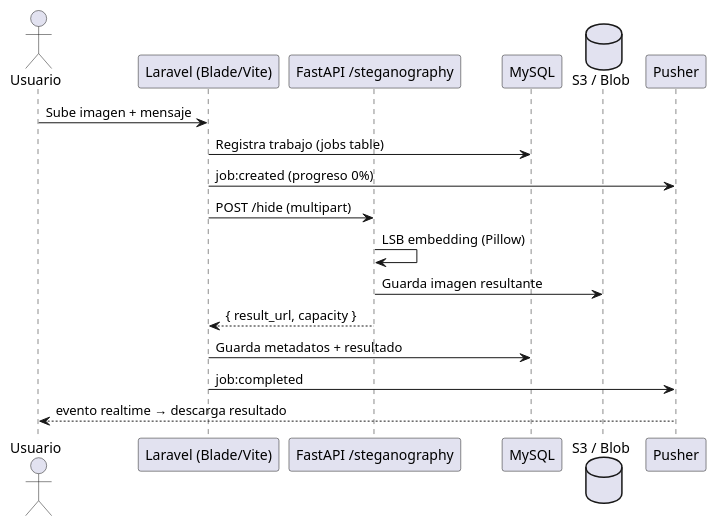
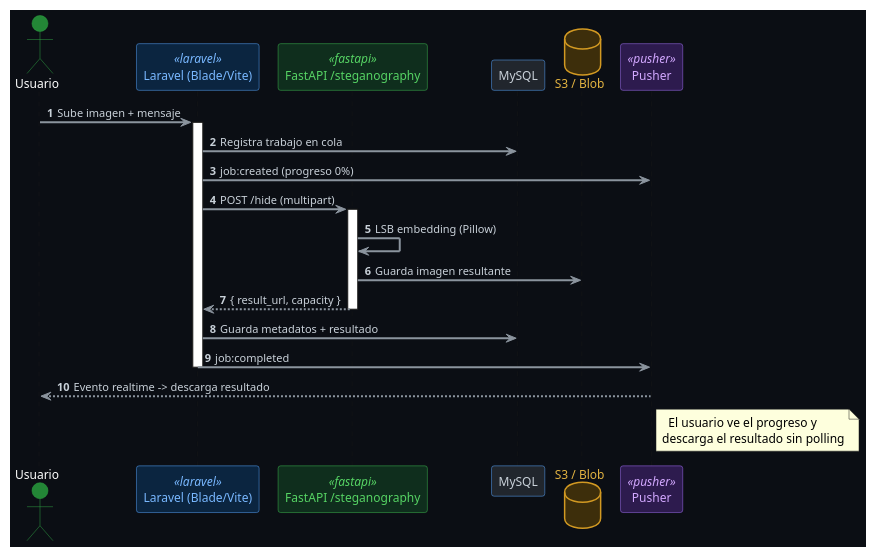
One commit to Aisaac123/KeyNography- changed the tenth of 11 diagrams in docs/despliegue-multicloud.md. Above: the diagram before and after it, drawn with PlantUML. The commit also changed other lines of this file, not shown here.

Commit message:
diagrams docs fix

````diff
--- a/docs/despliegue-multicloud.md
+++ b/docs/despliegue-multicloud.md
@@ -608,21 +1008,69 @@
 ```plantuml
 @startuml Secuencia - Ocultar mensaje en imagen
-actor Usuario as u
-participant "Laravel (Blade/Vite)" as app
-participant "FastAPI /steganography" as api
+autonumber
+skinparam backgroundColor #0B0E14
+skinparam shadowing false
+skinparam defaultFontName "Segoe UI"
+skinparam defaultFontSize 12
+skinparam ArrowColor #8B949E
+skinparam ArrowFontColor #C9D1D9
+skinparam ArrowFontSize 11
+skinparam sequenceArrowThickness 2
+skinparam participant {
+  BackgroundColor #21262D
+  BorderColor #58A6FF
+  FontColor #C9D1D9
+}
+skinparam participant<<laravel>> {
+  BackgroundColor #0B2540
+  BorderColor #58A6FF
+  FontColor #79B8FF
+}
+skinparam participant<<fastapi>> {
+  BackgroundColor #0F2E1D
+  BorderColor #3FB950
+  FontColor #56D364
+}
+skinparam participant<<pusher>> {
+  BackgroundColor #2D1B4E
+  BorderColor #A371F7
+  FontColor #D2A8FF
+}
+skinparam database {
+  BackgroundColor #3D2E0B
+  BorderColor #D29922
+  FontColor #E3B341
+}
+skinparam actor {
+  BackgroundColor #238636
+  BorderColor #2EA043
+  FontColor #FFFFFF
+}
+
+actor "Usuario" as u
+participant "Laravel (Blade/Vite)" as app <<laravel>>
+participant "FastAPI /steganography" as api <<fastapi>>
 participant "MySQL" as db
 database "S3 / Blob" as s3
-participant "Pusher" as pusher
+participant "Pusher" as pusher <<pusher>>
 
 u -> app : Sube imagen + mensaje
-app -> db : Registra trabajo (jobs table)
+activate app
+app -> db : Registra trabajo en cola
 app -> pusher : job:created (progreso 0%)
 app -> api : POST /hide (multipart)
+activate api
 api -> api : LSB embedding (Pillow)
 api -> s3 : Guarda imagen resultante
 api --> app : { result_url, capacity }
+deactivate api
 app -> db : Guarda metadatos + resultado
 app -> pusher : job:completed
-pusher --> u : evento realtime → descarga resultado
+deactivate app
+pusher --> u : Evento realtime -> descarga resultado
+note right of pusher
+  El usuario ve el progreso y
+descarga el resultado sin polling
+end note
 @enduml
 ```
````
